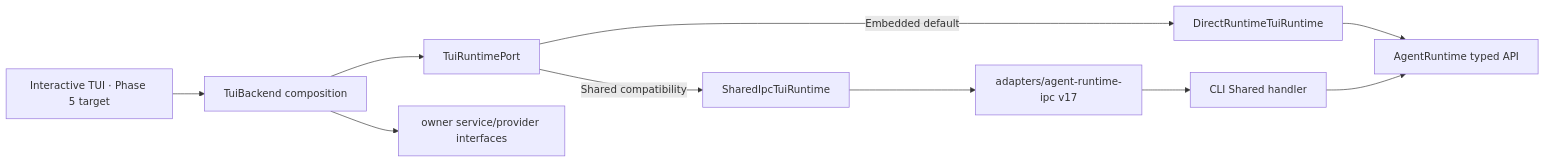
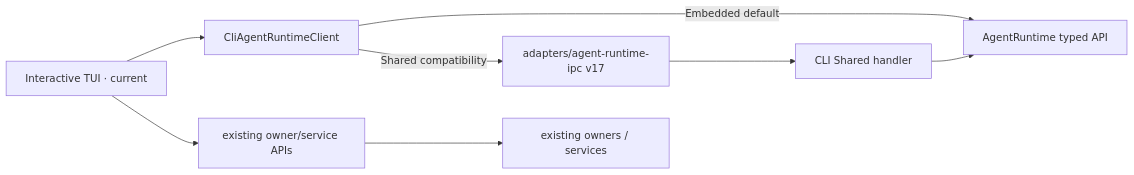
Diagram 13 of 17 in docs/architecture/agent-runtime-deployment-design.md (1688mengdie/BitFun), drawn with Mermaid before and after one commit. The commit also changed other lines of this file and 71 other files, not shown here.

Commit message:
refactor(cli): decouple TUI runtime from app server

````diff
--- a/docs/architecture/agent-runtime-deployment-design.md
+++ b/docs/architecture/agent-runtime-deployment-design.md
@@ -379,12 +380,10 @@
 ```mermaid
 flowchart LR
-  TUI["Interactive TUI · Phase 5 target"] --> Composition["TuiBackend composition"]
-  Composition --> Port["TuiRuntimePort"]
-  Port -->|"Embedded default"| Direct["DirectRuntimeTuiRuntime"]
-  Direct --> Runtime["AgentRuntime typed API"]
-  Composition --> Management["owner service/provider interfaces"]
-  Port -->|"Shared compatibility"| SharedAdapter["SharedIpcTuiRuntime"]
-  SharedAdapter --> IPC["adapters/agent-runtime-ipc v17"]
+  TUI["Interactive TUI · current"] --> RuntimeClient["CliAgentRuntimeClient"]
+  RuntimeClient -->|"Embedded default"| Runtime["AgentRuntime typed API"]
+  RuntimeClient -->|"Shared compatibility"| IPC["adapters/agent-runtime-ipc v17"]
+  TUI --> OwnerApis["existing owner/service APIs"]
+  OwnerApis --> DomainOwners["existing owners / services"]
   IPC --> Handler["CLI Shared handler"]
   Handler --> Runtime
 ```
````
